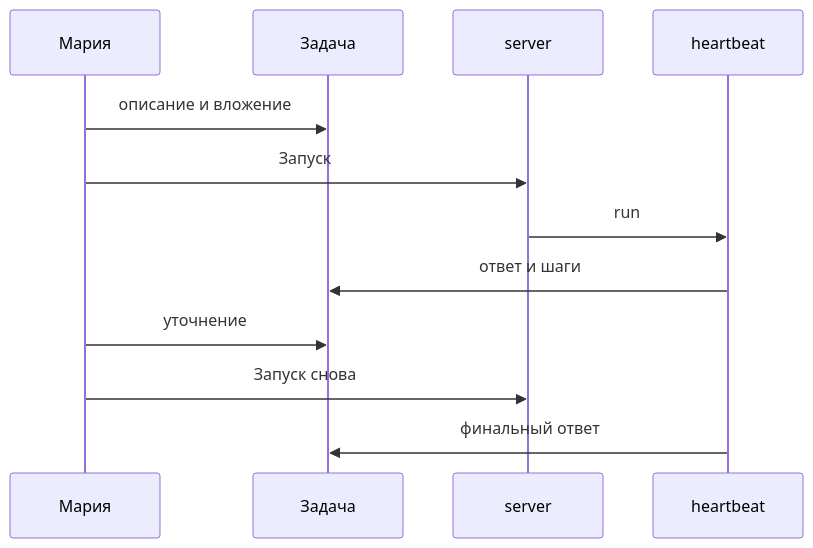
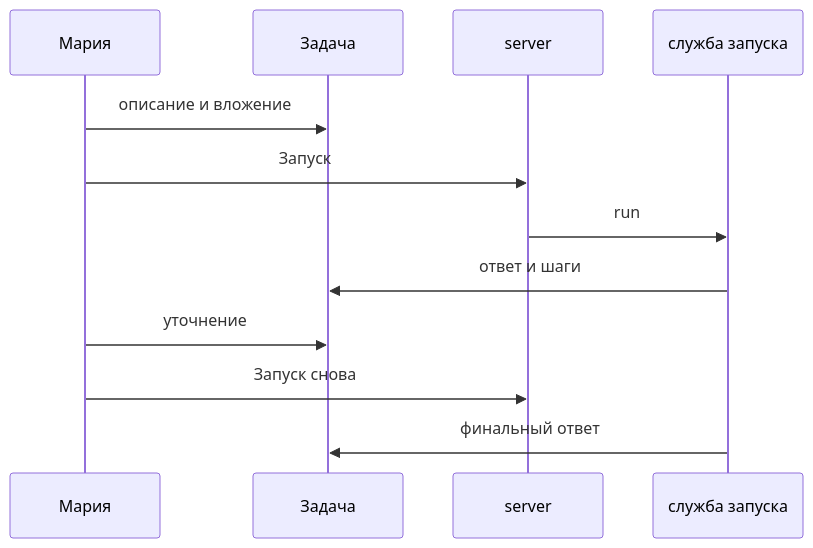
One commit to Dmitriion/datagent-docs changed the diagram in docs/guides/03-one-task.md. Above: the diagram before and after it, drawn with Mermaid. The commit also changed other lines of this file and 66 other files, not shown here.

````diff
--- a/docs/guides/03-one-task.md
+++ b/docs/guides/03-one-task.md
@@ -68,14 +70,14 @@
 ```mermaid
 sequenceDiagram
   participant M as Мария
   participant I as Задача
   participant S as server
-  participant H as heartbeat
+  participant H as служба запуска
   M->>I: описание и вложение
   M->>S: Запуск
   S->>H: run
   H->>I: ответ и шаги
   M->>I: уточнение
   M->>S: Запуск снова
   H->>I: финальный ответ
 ```
````
